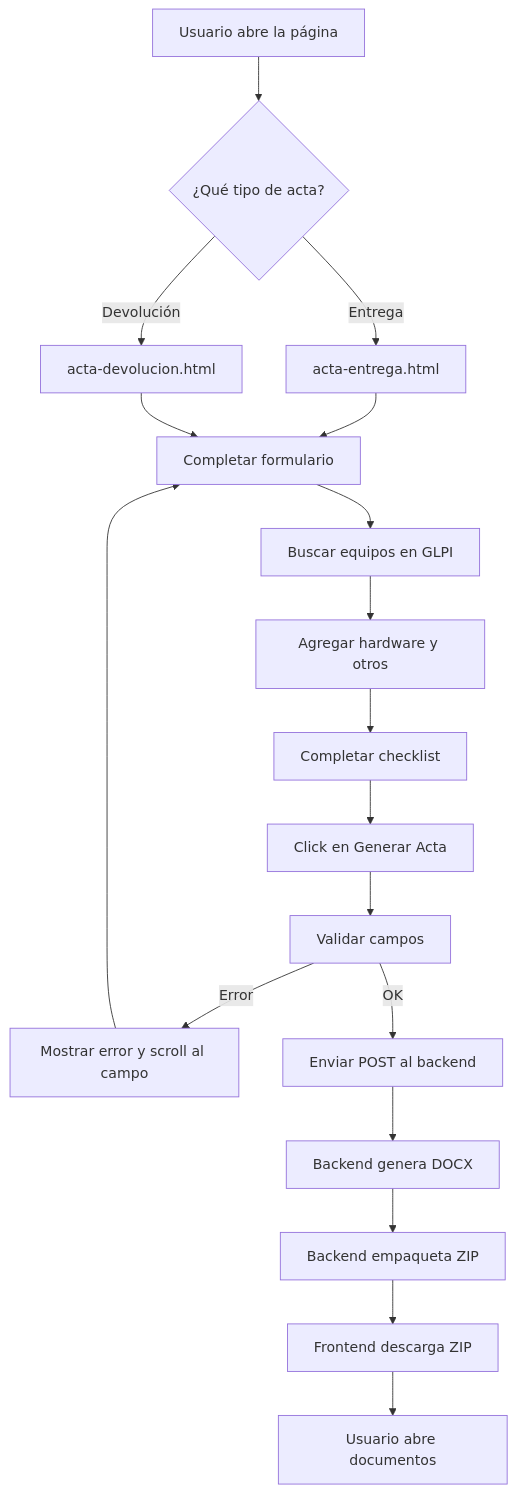
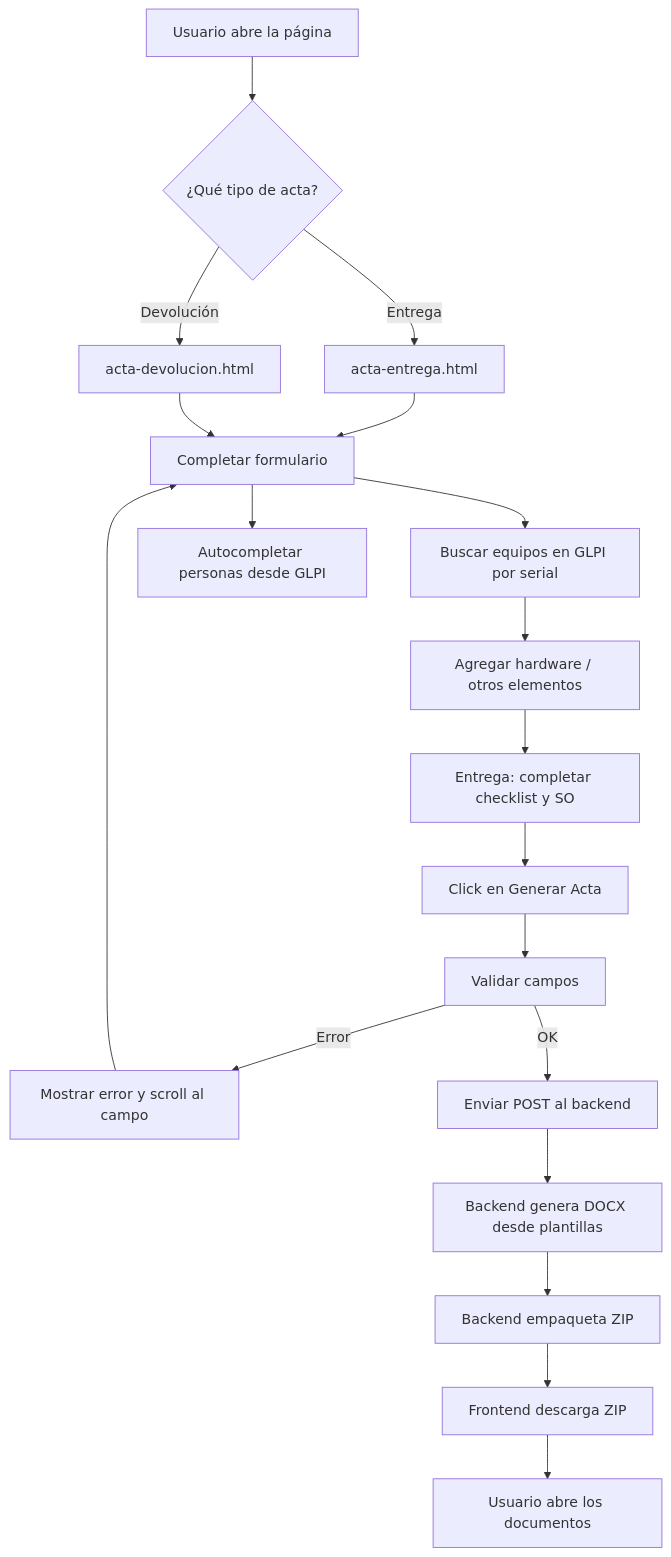
One commit to juanjosehc/actas-glpi changed the first of 11 diagrams in FLUJO_FUNCIONAL.md. Above: the diagram before and after it, drawn with Mermaid. The commit also changed other lines of this file and 16 other files, not shown here.

````diff
--- a/FLUJO_FUNCIONAL.md
+++ b/FLUJO_FUNCIONAL.md
@@ -21,20 +22,21 @@
 ```mermaid
 flowchart TD
     A[Usuario abre la página] --> B{¿Qué tipo de acta?}
     B -->|Entrega| C[acta-entrega.html]
     B -->|Devolución| D[acta-devolucion.html]
     C --> E[Completar formulario]
     D --> E
-    E --> F[Buscar equipos en GLPI]
-    F --> G[Agregar hardware y otros]
-    G --> H[Completar checklist]
+    E --> F[Buscar equipos en GLPI por serial]
+    E --> F2[Autocompletar personas desde GLPI]
+    F --> G[Agregar hardware / otros elementos]
+    G --> H[Entrega: completar checklist y SO]
     H --> I[Click en Generar Acta]
     I --> J[Validar campos]
     J -->|Error| K[Mostrar error y scroll al campo]
     K --> E
     J -->|OK| L[Enviar POST al backend]
-    L --> M[Backend genera DOCX]
+    L --> M[Backend genera DOCX desde plantillas]
     M --> N[Backend empaqueta ZIP]
     N --> O[Frontend descarga ZIP]
-    O --> P[Usuario abre documentos]
+    O --> P[Usuario abre los documentos]
 ```
````
